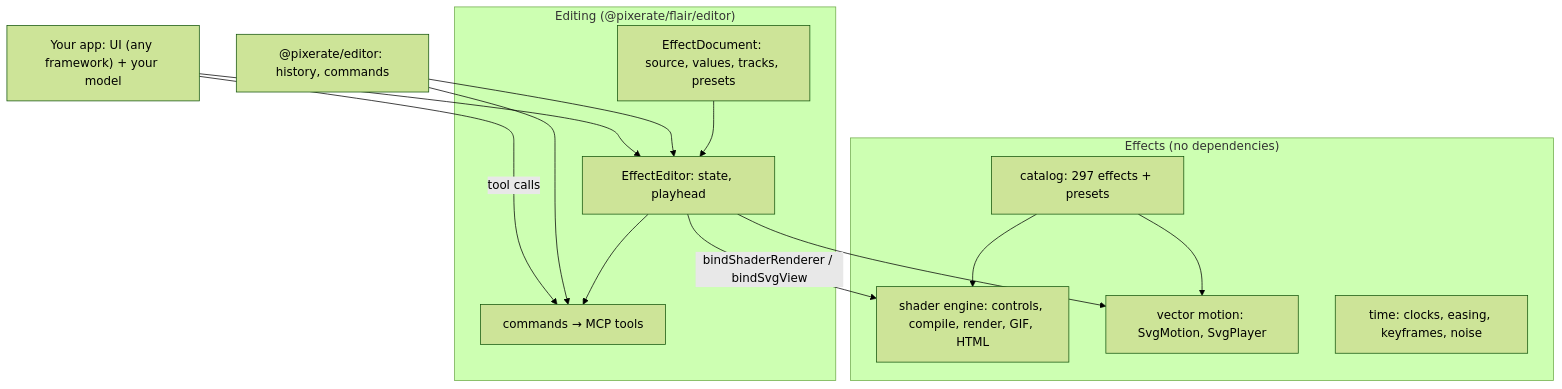
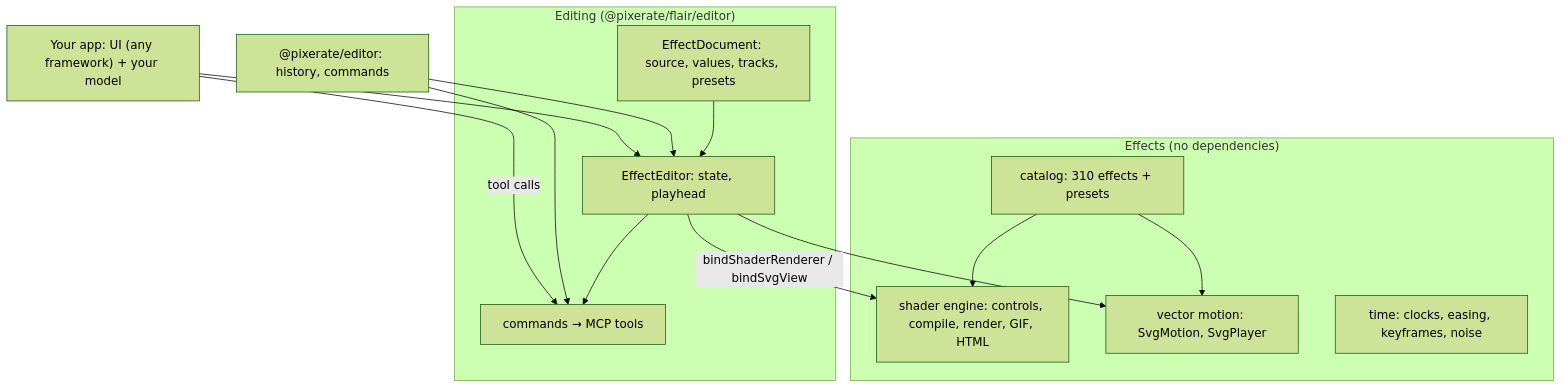
Before and after one commit to Pixerate/flair: the diagram in README.md, drawn with Mermaid (forest theme). The commit also changed other lines of this file and 4 other files, not shown here.

````diff
--- a/README.md
+++ b/README.md
@@ -59,27 +59,27 @@
 ```mermaid
 graph TD
   subgraph Effects["Effects (no dependencies)"]
-    Catalog["catalog: 297 effects + presets"]
+    Catalog["catalog: 310 effects + presets"]
     Shader["shader engine: controls, compile, render, GIF, HTML"]
     Vector["vector motion: SvgMotion, SvgPlayer"]
     Time["time: clocks, easing, keyframes, noise"]
   end
   subgraph Editing["Editing (@pixerate/flair/editor)"]
     Doc["EffectDocument: source, values, tracks, presets"]
     Editor["EffectEditor: state, playhead"]
     Cmds["commands → MCP tools"]
   end
   PE["@pixerate/editor: history, commands"]
   Host["Your app: UI (any framework) + your model"]
 
   Catalog --> Shader
   Catalog --> Vector
   Doc --> Editor
   Editor --> Cmds
   PE --> Editor
   PE --> Cmds
   Editor -- bindShaderRenderer / bindSvgView --> Shader
   Editor --> Vector
   Host --> Editor
   Host -- tool calls --> Cmds
 ```
````
